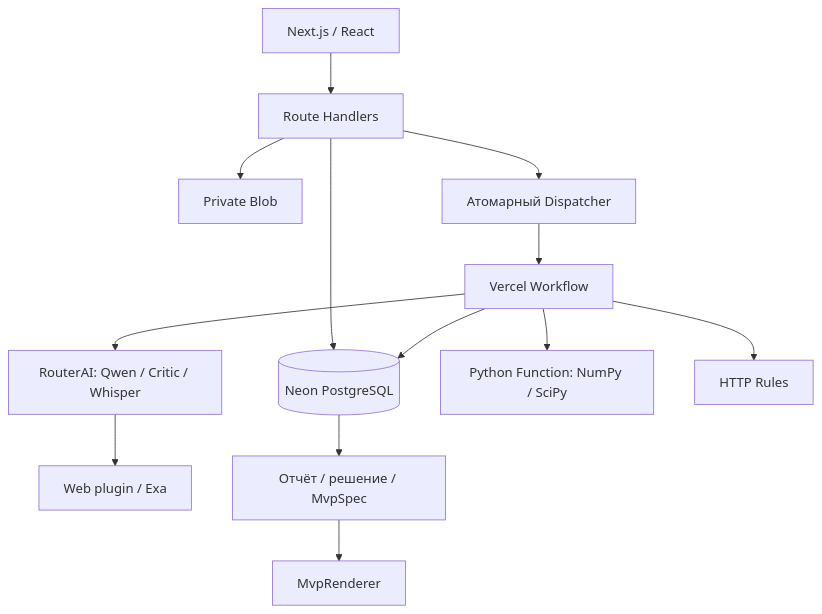
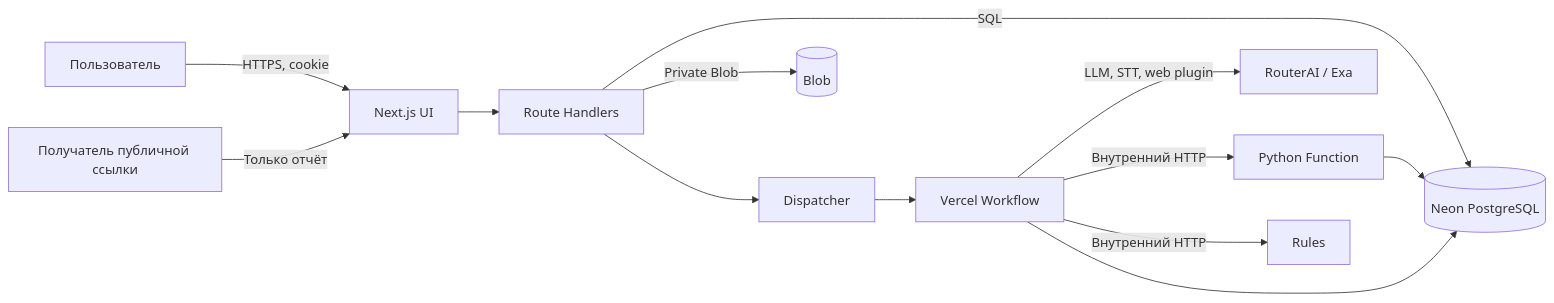
One commit to NikitaUwu/TestFarm changed the first of 2 diagrams in docs/architecture.md. Above: the diagram before and after it, drawn with Mermaid. The commit also changed other lines of this file and 13 other files, not shown here.

Commit message:
Document current product farm architecture and operations

````diff
--- a/docs/architecture.md
+++ b/docs/architecture.md
@@ -3,15 +7,15 @@
 ```mermaid
-flowchart TD
- UI[Next.js / React] --> API[Route Handlers]
- API --> DB[(Neon PostgreSQL)]
- API --> Blob[Private Blob]
- API --> Dispatcher[Атомарный Dispatcher]
- Dispatcher --> WF[Vercel Workflow]
- WF --> AI[RouterAI: Qwen / Critic / Whisper]
- AI --> Web[Web plugin / Exa]
- WF --> Calc[Python Function: NumPy / SciPy]
- WF --> Rules[HTTP Rules]
- WF --> DB
- DB --> Report[Отчёт / решение / MvpSpec]
- Report --> Renderer[MvpRenderer]
+flowchart LR
+    U[Пользователь] -->|HTTPS, cookie| UI[Next.js UI]
+    V[Получатель публичной ссылки] -->|Только отчёт| UI
+    UI --> API[Route Handlers]
+    API -->|SQL| DB[(Neon PostgreSQL)]
+    API -->|Private Blob| B[(Blob)]
+    API --> Q[Dispatcher]
+    Q --> W[Vercel Workflow]
+    W -->|LLM, STT, web plugin| R[RouterAI / Exa]
+    W -->|Внутренний HTTP| P[Python Function]
+    W -->|Внутренний HTTP| Rules[Rules]
+    P --> DB
+    W --> DB
 ```
````
